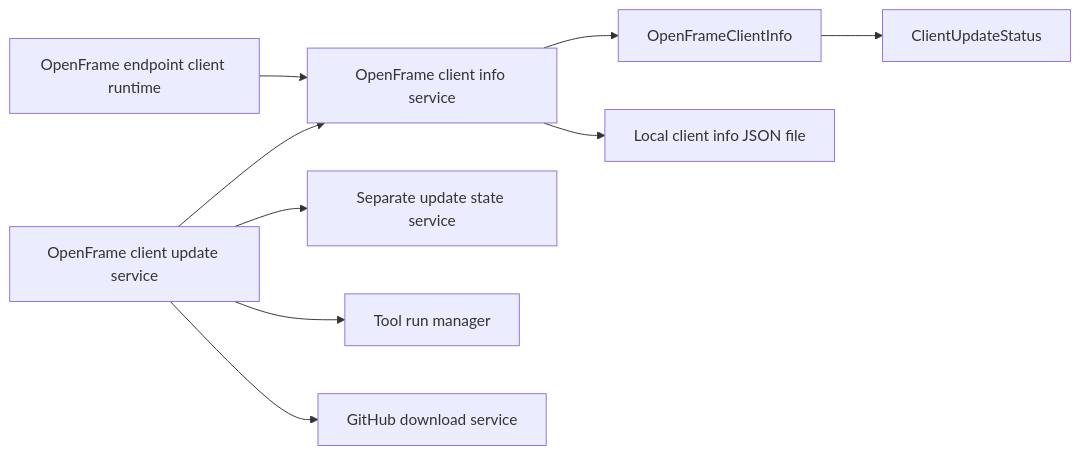
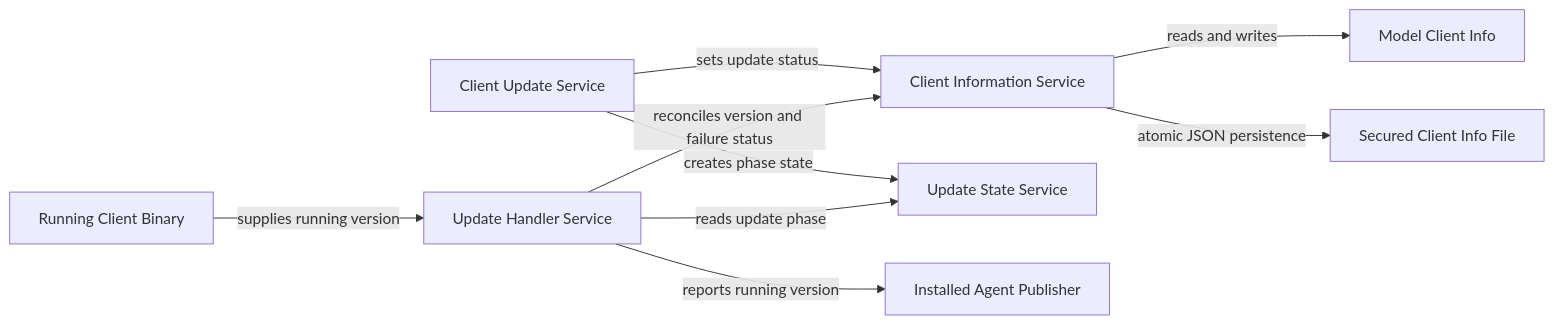
The first of 4 diagrams in docs/reference/architecture/openframe-client-core/model-client-info/model-client-info.md (flamingo-stack/openframe-oss-tenant), drawn with Mermaid before and after one commit. The commit also changed other lines of this file and 2377 other files, not shown here.

````diff
--- a/docs/reference/architecture/openframe-client-core/model-client-info/model-client-info.md
+++ b/docs/reference/architecture/openframe-client-core/model-client-info/model-client-info.md
@@ -46,11 +51,20 @@
 ```mermaid
 flowchart LR
-    Runtime["OpenFrame endpoint client runtime"] --> InfoService["OpenFrame client info service"]
-    UpdateService["OpenFrame client update service"] --> InfoService
-    InfoService --> InfoModel["OpenFrameClientInfo"]
-    InfoModel --> Status["ClientUpdateStatus"]
-    InfoService --> InfoFile["Local client info JSON file"]
-    UpdateService --> UpdateState["Separate update state service"]
-    UpdateService --> ToolManager["Tool run manager"]
-    UpdateService --> Downloader["GitHub download service"]
+    Model["Model Client Info"]
+    InfoService["Client Information Service"]
+    UpdateService["Client Update Service"]
+    Handler["Update Handler Service"]
+    State["Update State Service"]
+    Storage["Secured Client Info File"]
+    Binary["Running Client Binary"]
+    Publisher["Installed Agent Publisher"]
+
+    InfoService -->|"reads and writes"| Model
+    InfoService -->|"atomic JSON persistence"| Storage
+    UpdateService -->|"sets update status"| InfoService
+    UpdateService -->|"creates phase state"| State
+    Handler -->|"reconciles version and failure status"| InfoService
+    Handler -->|"reads update phase"| State
+    Binary -->|"supplies running version"| Handler
+    Handler -->|"reports running version"| Publisher
 ```
````
